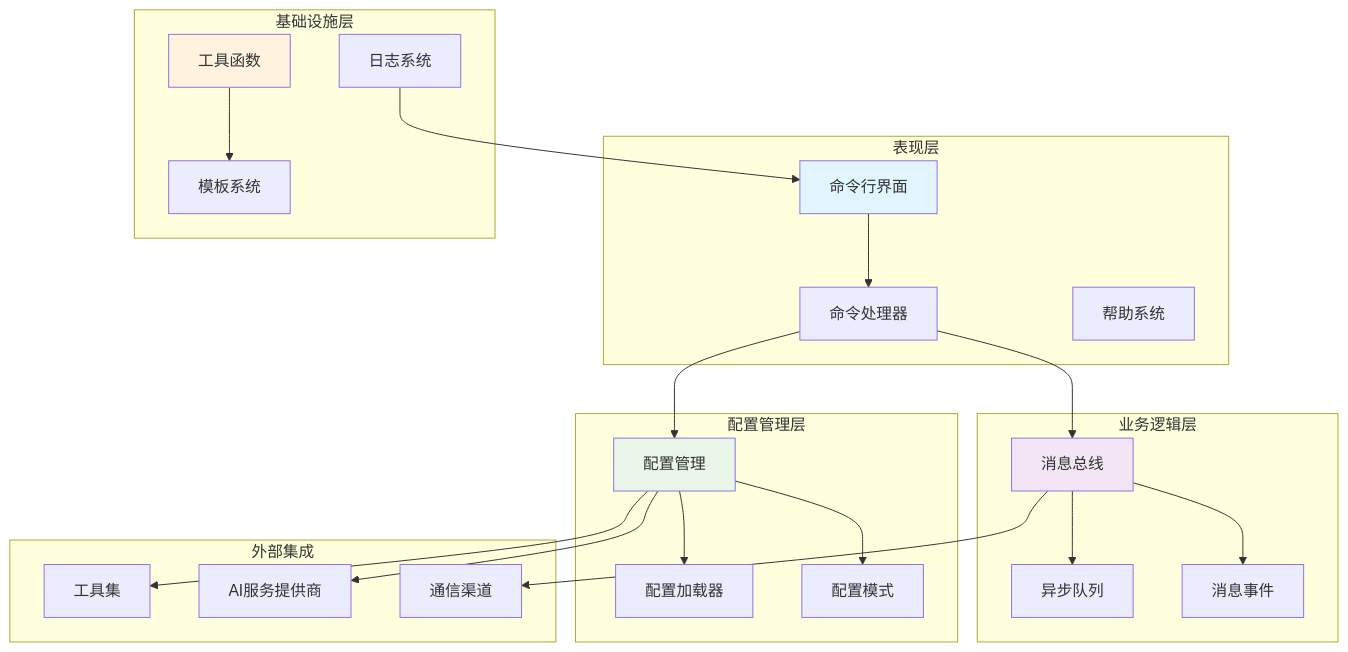
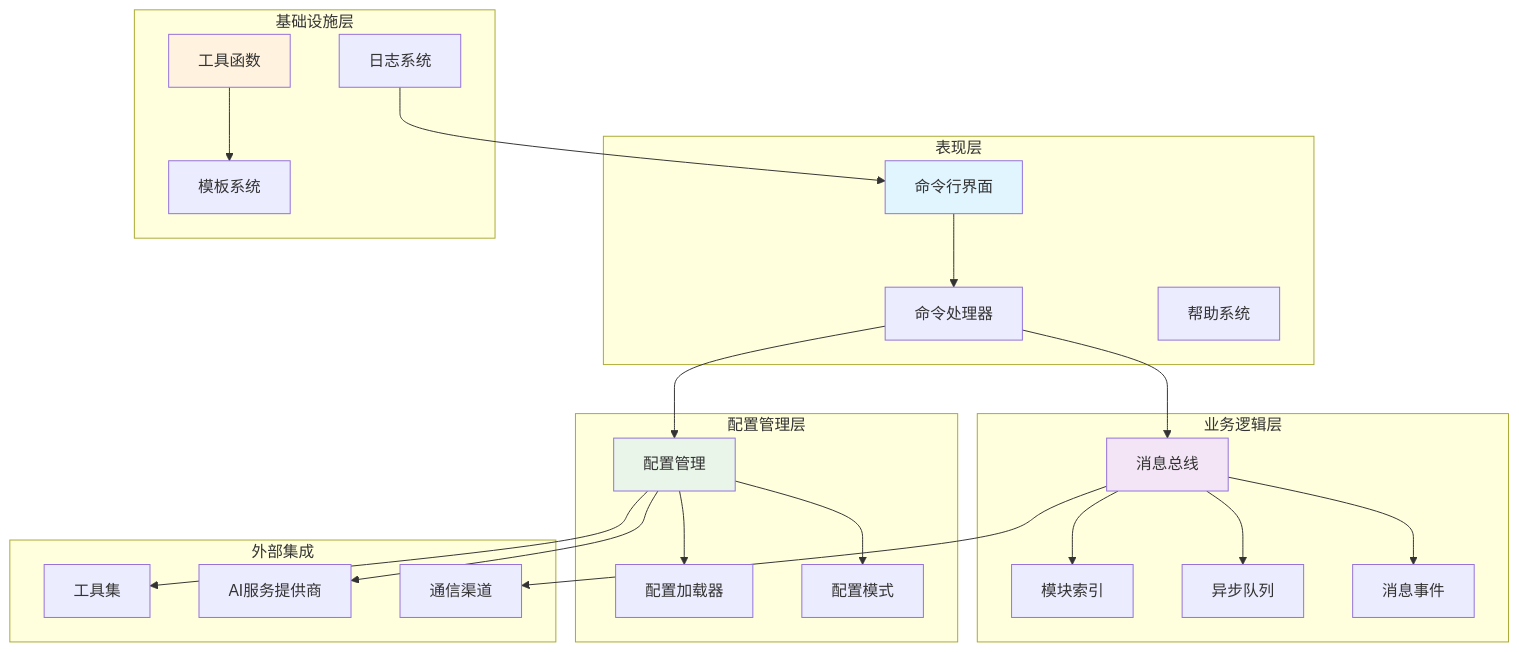
Before and after one commit to neciszhang/batbot: the fourth of 10 diagrams in .qoder/repowiki/zh/content/开发者指南/消息系统与总线.md, drawn with Mermaid. The commit also changed other lines of this file and 13 other files, not shown here.

````diff
--- a/.qoder/repowiki/zh/content/开发者指南/消息系统与总线.md
+++ b/.qoder/repowiki/zh/content/开发者指南/消息系统与总线.md
@@ -167,44 +186,46 @@
 ```mermaid
 graph TB
 subgraph "表现层"
 CLI[命令行界面]
 Commands[命令处理器]
 Help[帮助系统]
 end
 subgraph "业务逻辑层"
 Bus[消息总线]
 Events[消息事件]
-Queue[异步队列]
+AsyncQueue[异步队列]
+Index[模块索引]
 end
 subgraph "配置管理层"
 Config[配置管理]
 Schema[配置模式]
 Loader[配置加载器]
 end
 subgraph "基础设施层"
 Utils[工具函数]
 Logger[日志系统]
 Templates[模板系统]
 end
 subgraph "外部集成"
 Channels[通信渠道]
 Providers[AI服务提供商]
 Tools[工具集]
 end
 CLI --> Commands
 Commands --> Bus
 Bus --> Events
-Bus --> Queue
+Bus --> AsyncQueue
+Bus --> Index
 Commands --> Config
 Config --> Schema
 Config --> Loader
 Utils --> Templates
 Bus --> Channels
 Config --> Providers
 Config --> Tools
 Logger --> CLI
 style CLI fill:#e1f5fe
 style Bus fill:#f3e5f5
 style Config fill:#e8f5e8
 style Utils fill:#fff3e0
 ```
````
